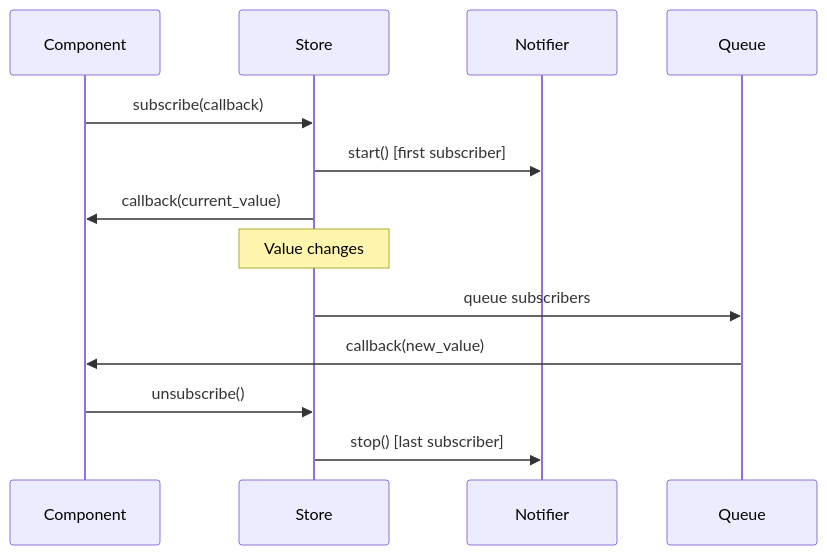
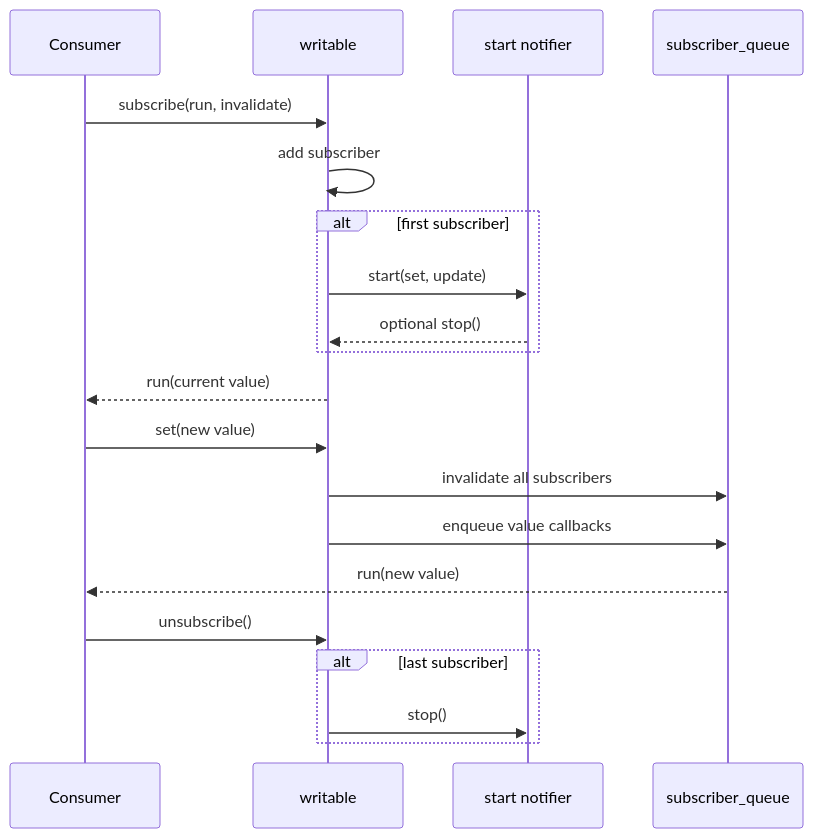
The fourth of 7 diagrams in docs/sveltejs--svelte-docs/stores.md (FSoft-AI4Code/codewiki-demo), drawn with Mermaid before and after one commit. The commit also changed other lines of this file and 1767 other files, not shown here.

````diff
--- a/docs/sveltejs--svelte-docs/stores.md
+++ b/docs/sveltejs--svelte-docs/stores.md
@@ -325,18 +120,23 @@
 ```mermaid
 sequenceDiagram
-    participant C as Component
-    participant S as Store
-    participant N as Notifier
-    participant Q as Queue
-    
-    C->>S: subscribe(callback)
-    S->>N: start() [first subscriber]
-    S->>C: callback(current_value)
-    
-    Note over S: Value changes
-    S->>Q: queue subscribers
-    Q->>C: callback(new_value)
-    
-    C->>S: unsubscribe()
-    S->>N: stop() [last subscriber]
+    participant Consumer
+    participant Store as writable
+    participant Start as start notifier
+    participant Queue as subscriber_queue
+
+    Consumer->>Store: subscribe(run, invalidate)
+    Store->>Store: add subscriber
+    alt first subscriber
+        Store->>Start: start(set, update)
+        Start-->>Store: optional stop()
+    end
+    Store-->>Consumer: run(current value)
+    Consumer->>Store: set(new value)
+    Store->>Queue: invalidate all subscribers
+    Store->>Queue: enqueue value callbacks
+    Queue-->>Consumer: run(new value)
+    Consumer->>Store: unsubscribe()
+    alt last subscriber
+        Store->>Start: stop()
+    end
 ```
````
